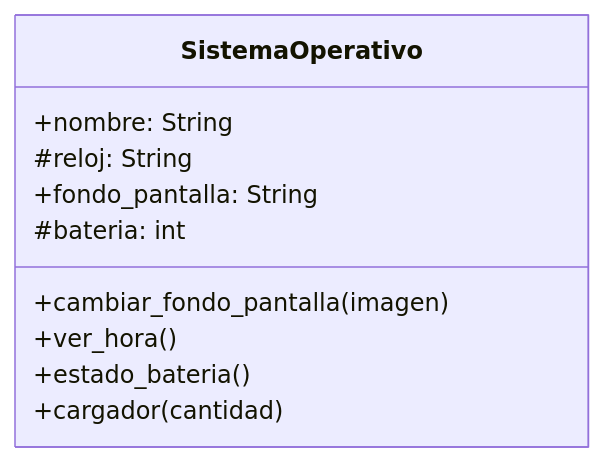
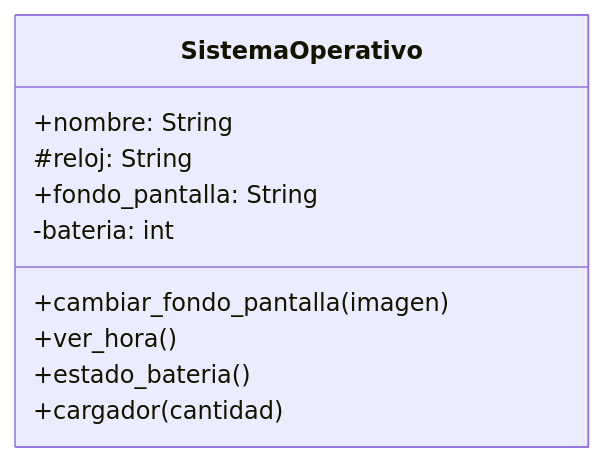
One commit to ewill15/psg-oop-2025 changed the first of 2 diagrams in sesion04/sistema.md. Above: the diagram before and after it, drawn with Mermaid. The commit also changed 1 other file, not shown here.

Commit message:
agregar atributo privado

````diff
--- a/sesion04/sistema.md
+++ b/sesion04/sistema.md
@@ -33,13 +33,13 @@
 ```mermaid 
 classDiagram
     class SistemaOperativo {
         +nombre: String
         #reloj: String
         +fondo_pantalla: String
-        #bateria: int
+        -bateria: int
         +cambiar_fondo_pantalla(imagen)
         +ver_hora()
         +estado_bateria()
         +cargador(cantidad)
     }
 ```
````
